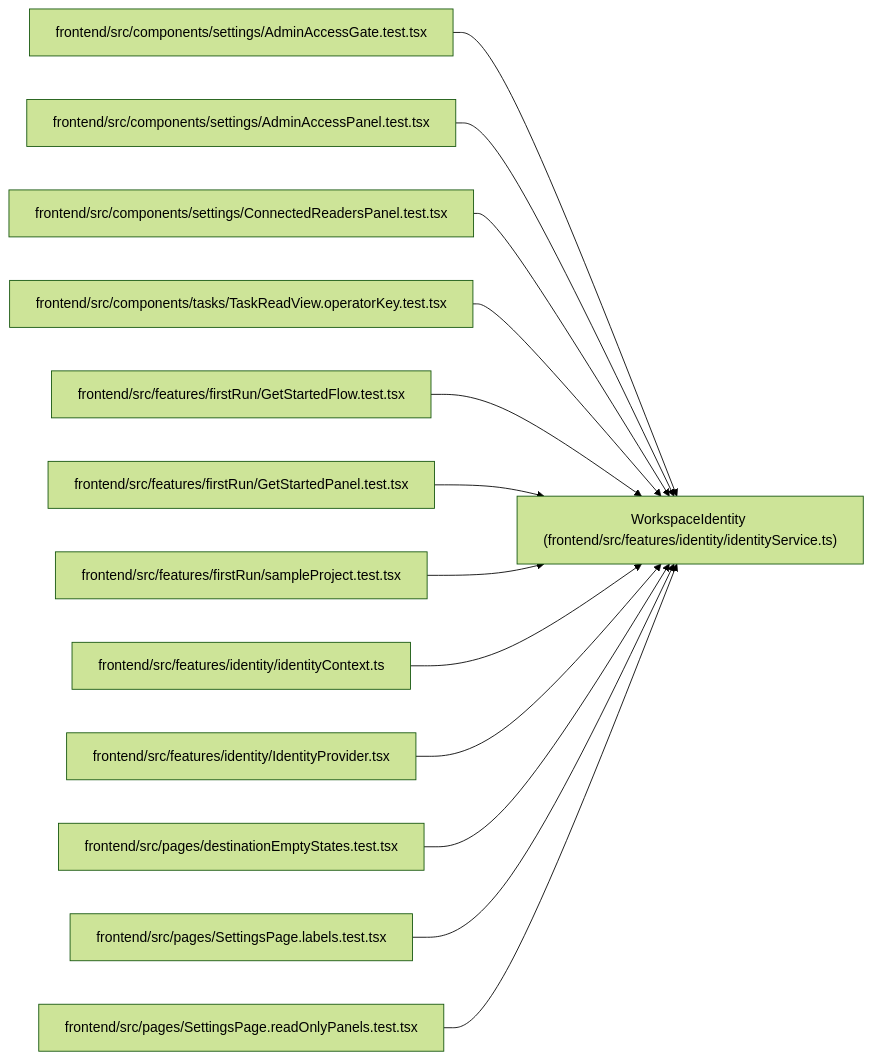
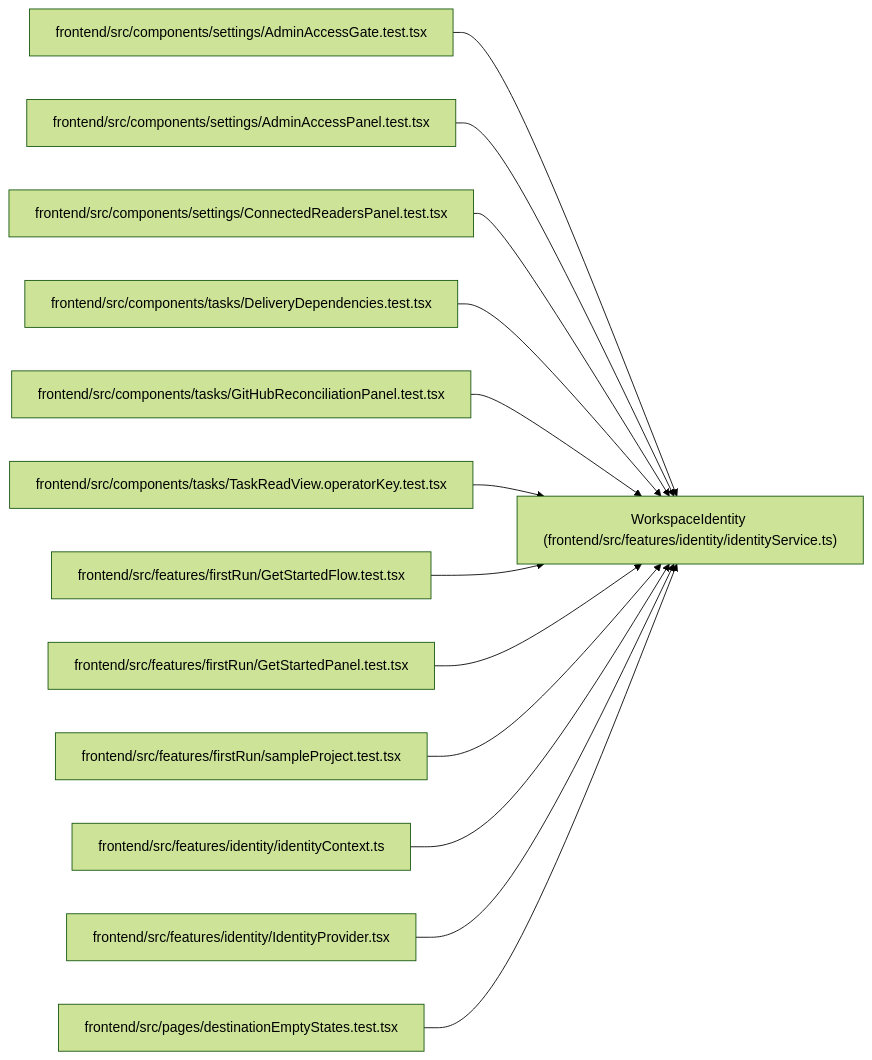
The diagram in docs/llm_wiki/entities/WorkspaceIdentity.md (Denissvgn/WorkChord), drawn with Mermaid (forest theme) before and after one commit. The commit also changed other lines of this file and 1420 other files, not shown here.

First line of the commit message:
Refresh the architectural wiki for the 1.10.0 changes

````diff
--- a/docs/llm_wiki/entities/WorkspaceIdentity.md
+++ b/docs/llm_wiki/entities/WorkspaceIdentity.md
@@ -36,41 +36,41 @@
 ```mermaid
 flowchart LR
     n0["WorkspaceIdentity (frontend/src/features/identity/identityService.ts)"]
     n1["frontend/src/components/settings/AdminAccessGate.test.tsx"]
     n2["frontend/src/components/settings/AdminAccessPanel.test.tsx"]
     n3["frontend/src/components/settings/ConnectedReadersPanel.test.tsx"]
-    n4["frontend/src/components/tasks/TaskReadView.operatorKey.test.tsx"]
-    n5["frontend/src/features/firstRun/GetStartedFlow.test.tsx"]
-    n6["frontend/src/features/firstRun/GetStartedPanel.test.tsx"]
-    n7["frontend/src/features/firstRun/sampleProject.test.tsx"]
-    n8["frontend/src/features/identity/identityContext.ts"]
-    n9["frontend/src/features/identity/IdentityProvider.tsx"]
-    n10["frontend/src/pages/destinationEmptyStates.test.tsx"]
-    n11["frontend/src/pages/SettingsPage.labels.test.tsx"]
-    n12["frontend/src/pages/SettingsPage.readOnlyPanels.test.tsx"]
+    n4["frontend/src/components/tasks/DeliveryDependencies.test.tsx"]
+    n5["frontend/src/components/tasks/GitHubReconciliationPanel.test.tsx"]
+    n6["frontend/src/components/tasks/TaskReadView.operatorKey.test.tsx"]
+    n7["frontend/src/features/firstRun/GetStartedFlow.test.tsx"]
+    n8["frontend/src/features/firstRun/GetStartedPanel.test.tsx"]
+    n9["frontend/src/features/firstRun/sampleProject.test.tsx"]
+    n10["frontend/src/features/identity/identityContext.ts"]
+    n11["frontend/src/features/identity/IdentityProvider.tsx"]
+    n12["frontend/src/pages/destinationEmptyStates.test.tsx"]
     n1 --> n0
     n2 --> n0
     n3 --> n0
     n4 --> n0
     n5 --> n0
     n6 --> n0
     n7 --> n0
     n8 --> n0
     n9 --> n0
     n10 --> n0
     n11 --> n0
     n12 --> n0
     click n0 "../modules/identityService.md"
     click n1 "../modules/AdminAccessGate.test.md"
     click n2 "../modules/AdminAccessPanel.test.md"
     click n3 "../modules/ConnectedReadersPanel.test.md"
-    click n4 "../modules/TaskReadView.operatorKey.test.md"
-    click n5 "../modules/GetStartedFlow.test.md"
-    click n6 "../modules/GetStartedPanel.test.md"
-    click n7 "../modules/sampleProject.test.md"
-    click n8 "../modules/identityContext.md"
-    click n9 "../modules/IdentityProvider.md"
-    click n10 "../modules/destinationEmptyStates.test.md"
-    click n11 "../modules/SettingsPage.labels.test.md"
-    click n12 "../modules/SettingsPage.readOnlyPanels.test.md"
+    click n4 "../modules/DeliveryDependencies.test.md"
+    click n5 "../modules/GitHubReconciliationPanel.test.md"
+    click n6 "../modules/TaskReadView.operatorKey.test.md"
+    click n7 "../modules/GetStartedFlow.test.md"
+    click n8 "../modules/GetStartedPanel.test.md"
+    click n9 "../modules/sampleProject.test.md"
+    click n10 "../modules/identityContext.md"
+    click n11 "../modules/IdentityProvider.md"
+    click n12 "../modules/destinationEmptyStates.test.md"
 ```
````
